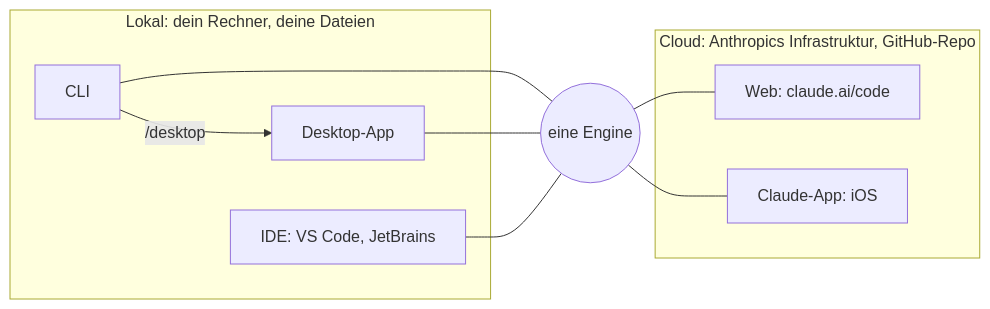
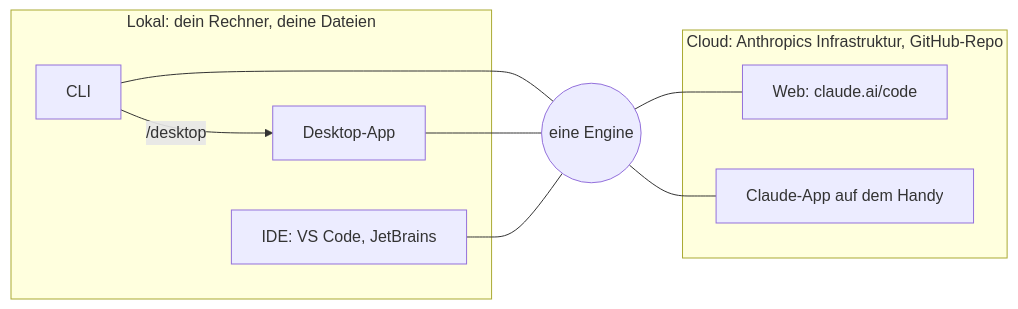
Before and after one commit to dynamic-dome/dynamic-workshop: the diagram in resources/library/s1-03-oberflaechen.md, drawn with Mermaid. The commit also changed other lines of this file and 56 other files, not shown here.

````diff
--- a/resources/library/s1-03-oberflaechen.md
+++ b/resources/library/s1-03-oberflaechen.md
@@ -45,19 +43,19 @@
 ```mermaid
 flowchart LR
   subgraph lokal["Lokal: dein Rechner, deine Dateien"]
     CLI["CLI"]
     DESK["Desktop-App"]
     IDE["IDE: VS Code, JetBrains"]
   end
   E(("eine Engine"))
   subgraph cloud["Cloud: Anthropics Infrastruktur, GitHub-Repo"]
     WEB["Web: claude.ai/code"]
-    MOB["Claude-App: iOS"]
+    MOB["Claude-App auf dem Handy"]
   end
   CLI --- E
   DESK --- E
   IDE --- E
   E --- WEB
   E --- MOB
   CLI -- "/desktop" --> DESK
 ```
````
